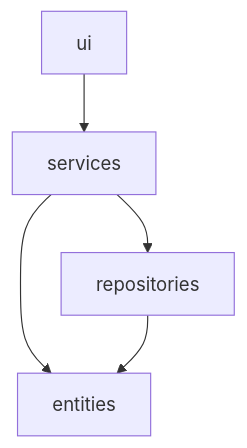
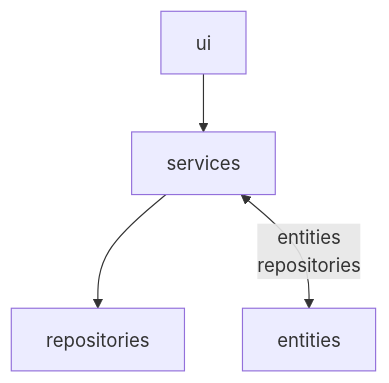
Before and after one commit to brotholi/ot-harjoitustyo: the first of 5 diagrams in dokumentaatio/arkkitehtuuri.md, drawn with Mermaid.

````diff
--- a/dokumentaatio/arkkitehtuuri.md
+++ b/dokumentaatio/arkkitehtuuri.md
@@ -7,7 +7,7 @@
 ```mermaid
  flowchart TD
      ui --> services
      services --> repositories
-     services --> entities
+     services <-- entities
      repositories --> entities
 ```
````
